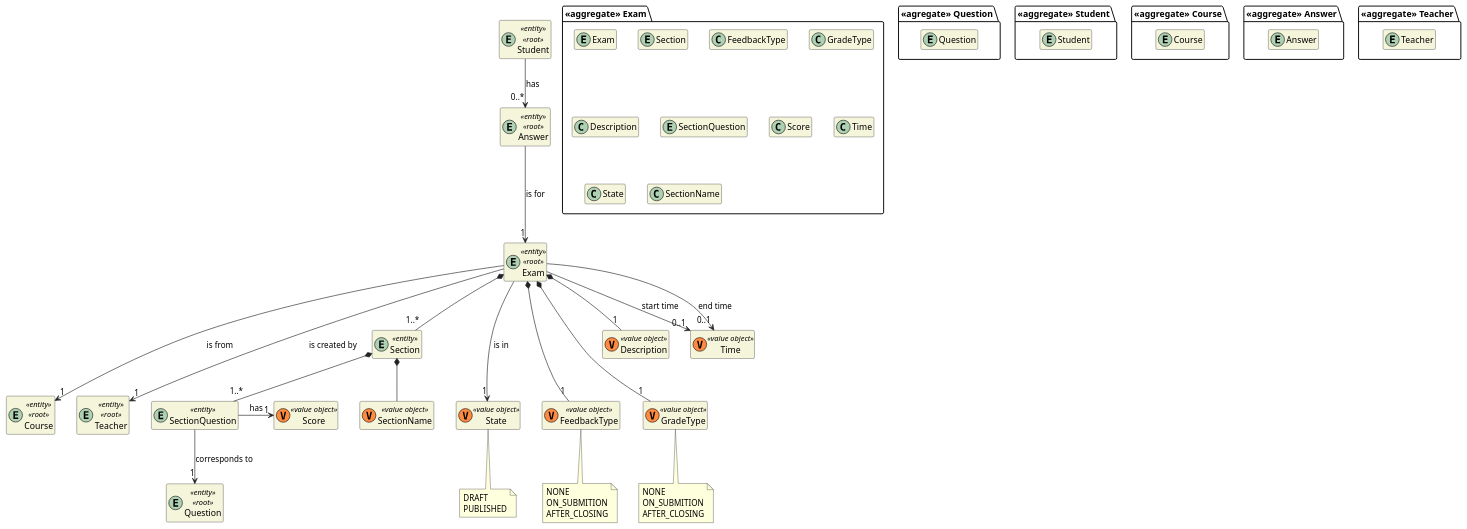
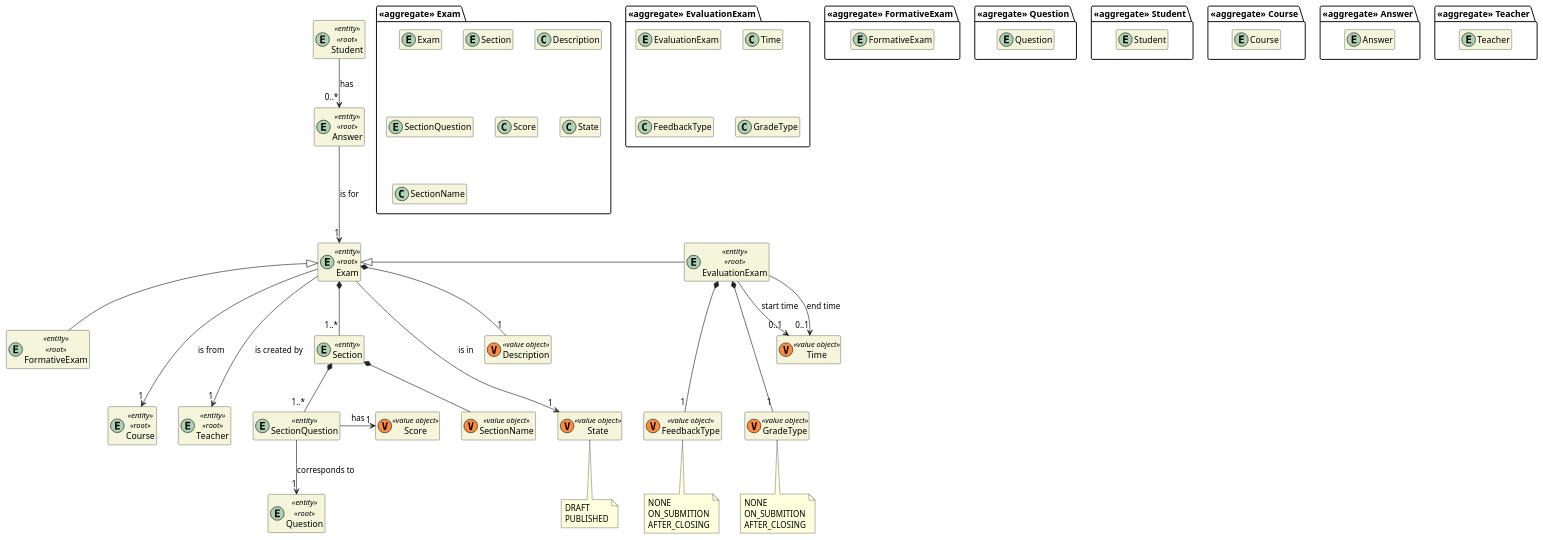
One commit to miseEnPlace-dev/lapr4 changed the diagram in docs/dm/DM_Exam.puml. Above: the diagram before and after it, drawn with PlantUML. The commit also changed 3 other files, not shown here.

```diff
--- a/docs/dm/DM_Exam.puml
+++ b/docs/dm/DM_Exam.puml
@@ -1,120 +1,137 @@
 @startuml DM-EXAM
 'https://plantuml.com/class-diagram
 
 skinparam classAttributeIconSize 0
 hide empty attributes
 hide empty methods
 skinparam classBackgroundColor beige
 skinparam ArrowColor #222222
 
 package "<<aggregate>> Exam" {
   entity Exam
 
   entity Section
 
-  class FeedbackType
-  class GradeType
   class Description
 
   entity SectionQuestion
   class Score
 
-  class Time
-
   class State
 
   class SectionName
+}
+
+package "<<aggregate>> FormativeExam" {
+  entity FormativeExam
+}
+
+entity FormativeExam <<entity>> <<root>> {
+}
+
+package "<<aggregate>> EvaluationExam" {
+  entity EvaluationExam
+
+  class Time
+  class FeedbackType
+  class GradeType
+}
+
+entity EvaluationExam <<entity>> <<root>> {
 }
 
 package "<<agregate>> Question" {
   entity Question
 }
 
 package "<<aggregate>> Student" {
   entity Student
 }
 
 entity SectionQuestion <<entity>> {
 }
 
 entity Student <<entity>> <<root>> {
 }
 
 package "<<aggregate>> Course" {
   entity Course
 }
 
 entity Course <<entity>> <<root>> {
 }
 
 package "<<aggregate>> Answer" {
   entity Answer
 }
 
 entity Answer <<entity>> <<root>> {
 }
 
 package "<<aggregate>> Teacher" {
   entity Teacher
 }
 
 entity Teacher <<entity>> <<root>> {
 }
 
 entity Exam <<entity>> <<root>> {
 }
 
 entity Section <<entity>> {}
 
 class SectionName <<(V,#FF8B40) value object>> {}
 class State <<(V,#FF8B40) value object>> {}
 
 class FeedbackType <<(V,#FF8B40) value object>> {}
 class GradeType <<(V,#FF8B40) value object>> {}
 class Description <<(V,#FF8B40) value object>> {}
 class Time <<(V,#FF8B40) value object>> {}
 class Score <<(V,#FF8B40) value object>> {}
 
 entity Question <<entity>> <<root>> {}
 
-Exam --> "0..1" Time : start time
-Exam --> "0..1" Time : end time
+Exam <|- EvaluationExam
+Exam <|-- FormativeExam
+
+EvaluationExam --> "0..1" Time : start time
+EvaluationExam --> "0..1" Time : end time
 
 Exam ---> "1" State : is in
 
 note bottom of State
   DRAFT
   PUBLISHED
 end note
 
 Exam *-- "1..*" Section
 Exam ---> "1" Course : is from
 Exam ---> "1" Teacher : is created by
 
-Exam *--- "1" FeedbackType
-Exam *--- "1" GradeType
+EvaluationExam *--- "1" FeedbackType
+EvaluationExam *--- "1" GradeType
 Exam *-- "1" Description
 
 note bottom of FeedbackType
   NONE
   ON_SUBMITION
   AFTER_CLOSING
 end note
 
 note bottom of GradeType
   NONE
   ON_SUBMITION
   AFTER_CLOSING
 end note
 
 Section *-- "1..*" SectionQuestion
 SectionQuestion --> "1" Question : corresponds to
 SectionQuestion -> "1" Score : has
 
 Section *-- SectionName
 
 Student --> "0..*" Answer : has
 
 Answer ---> "1" Exam : is for
 
 @enduml
```
